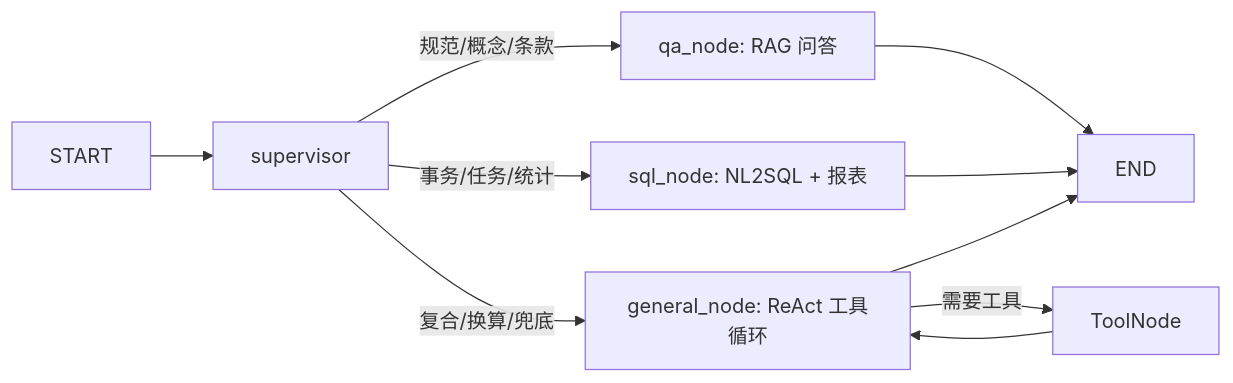
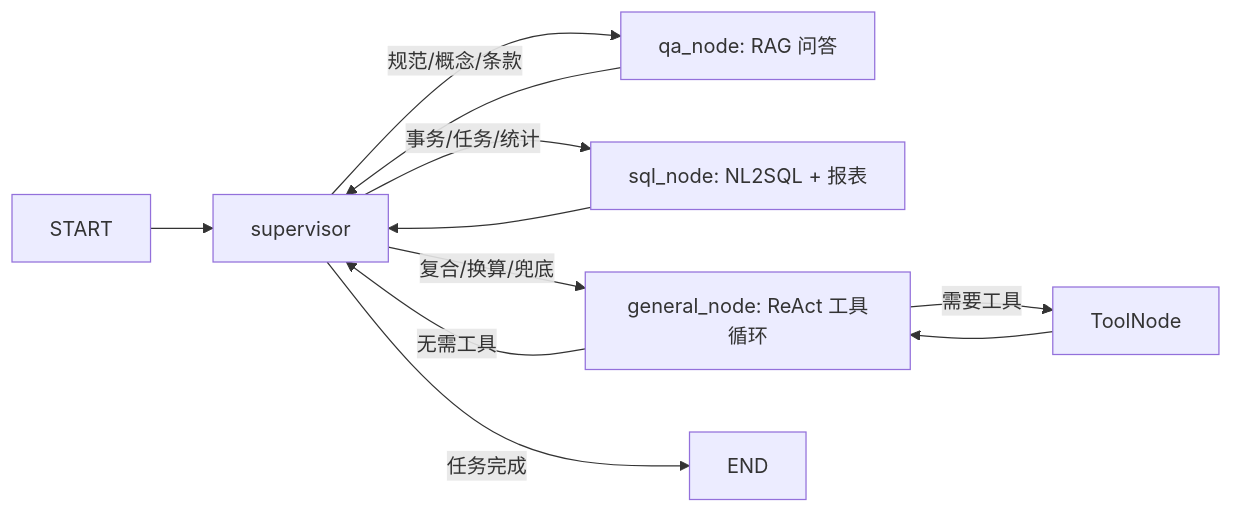
The diagram in README.md (QKez22/PetroChat-Agent), drawn with Mermaid before and after one commit. The commit also changed other lines of this file and 8 other files, not shown here.

First line of the commit message:
feat(phase-10.9): supervisor 改造为可循环模式，支持多意图任务

````diff
--- a/README.md
+++ b/README.md
@@ -154,12 +154,13 @@
 ```mermaid
 flowchart LR
     START["START"] --> SUP["supervisor"]
     SUP -->|"规范/概念/条款"| QA["qa_node: RAG 问答"]
     SUP -->|"事务/任务/统计"| SQL["sql_node: NL2SQL + 报表"]
     SUP -->|"复合/换算/兜底"| GEN["general_node: ReAct 工具循环"]
+    SUP -->|"任务完成"| END["END"]
     GEN -->|"需要工具"| TOOLS["ToolNode"]
     TOOLS --> GEN
-    QA --> END["END"]
-    SQL --> END
-    GEN --> END
+    QA --> SUP
+    SQL --> SUP
+    GEN -->|"无需工具"| SUP
 ```
````
